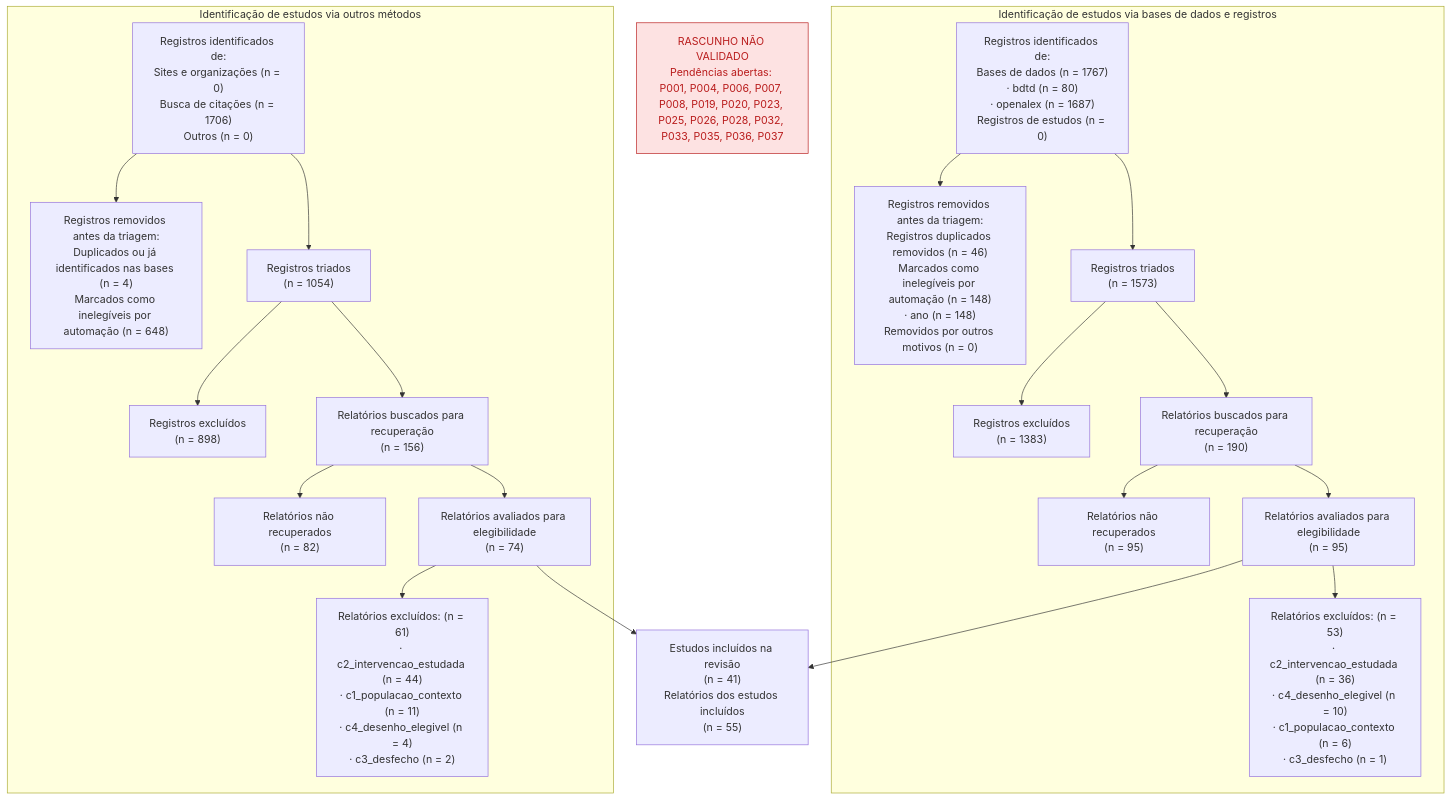
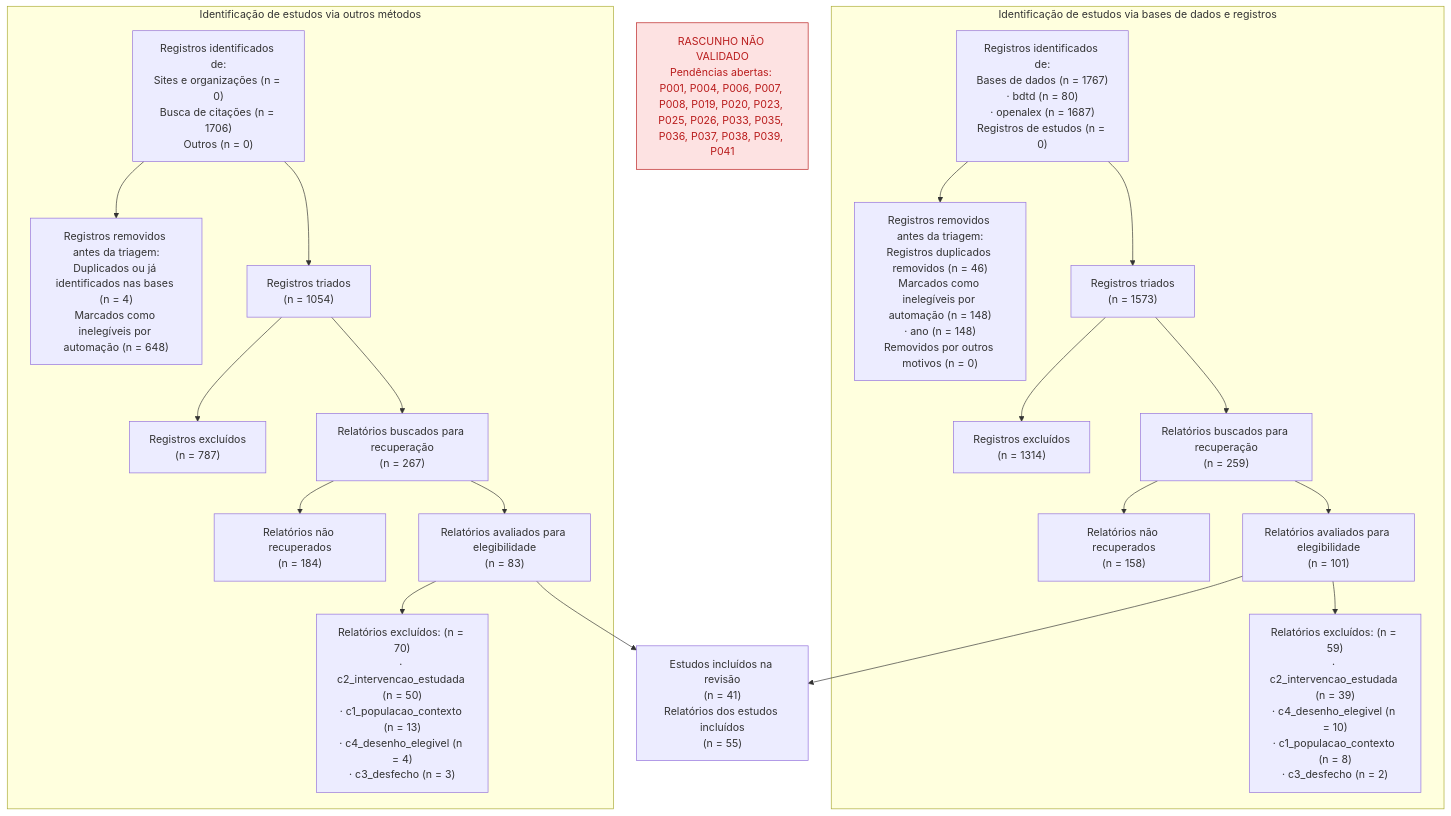
The diagram in 07-relatorio/prisma.mermaid (felipelmc/pesquisas-eleitorais-rs), drawn with Mermaid before and after one commit. The commit also changed 16 other files, not shown here.

```diff
--- a/07-relatorio/prisma.mermaid
+++ b/07-relatorio/prisma.mermaid
@@ -1,40 +1,40 @@
 flowchart TD
-  rascunho["RASCUNHO NÃO VALIDADO<br/>Pendências abertas: P001, P004, P006, P007, P008, P019, P020, P023, P025, P026, P028, P032, P033, P035, P036, P037"]
+  rascunho["RASCUNHO NÃO VALIDADO<br/>Pendências abertas: P001, P004, P006, P007, P008, P019, P020, P023, P025, P026, P033, P035, P036, P037, P038, P039, P041"]
   style rascunho fill:#fde2e2,stroke:#b91c1c,color:#b91c1c
   subgraph ramo_bases["Identificação de estudos via bases de dados e registros"]
     b_ident["Registros identificados de:<br/>Bases de dados (n = 1767)<br/>· bdtd (n = 80)<br/>· openalex (n = 1687)<br/>Registros de estudos (n = 0)"]
     b_removidos["Registros removidos antes da triagem:<br/>Registros duplicados removidos (n = 46)<br/>Marcados como inelegíveis por automação (n = 148)<br/>· ano (n = 148)<br/>Removidos por outros motivos (n = 0)"]
     b_triados["Registros triados<br/>(n = 1573)"]
-    b_excl_triagem["Registros excluídos<br/>(n = 1383)"]
-    b_buscados["Relatórios buscados para recuperação<br/>(n = 190)"]
-    b_nao_rec["Relatórios não recuperados<br/>(n = 95)"]
-    b_avaliados["Relatórios avaliados para elegibilidade<br/>(n = 95)"]
-    b_excl_tc["Relatórios excluídos: (n = 53)<br/>· c2_intervencao_estudada (n = 36)<br/>· c4_desenho_elegivel (n = 10)<br/>· c1_populacao_contexto (n = 6)<br/>· c3_desfecho (n = 1)"]
+    b_excl_triagem["Registros excluídos<br/>(n = 1314)"]
+    b_buscados["Relatórios buscados para recuperação<br/>(n = 259)"]
+    b_nao_rec["Relatórios não recuperados<br/>(n = 158)"]
+    b_avaliados["Relatórios avaliados para elegibilidade<br/>(n = 101)"]
+    b_excl_tc["Relatórios excluídos: (n = 59)<br/>· c2_intervencao_estudada (n = 39)<br/>· c4_desenho_elegivel (n = 10)<br/>· c1_populacao_contexto (n = 8)<br/>· c3_desfecho (n = 2)"]
   end
   subgraph ramo_outros["Identificação de estudos via outros métodos"]
     o_ident["Registros identificados de:<br/>Sites e organizações (n = 0)<br/>Busca de citações (n = 1706)<br/>Outros (n = 0)"]
     o_removidos["Registros removidos antes da triagem:<br/>Duplicados ou já identificados nas bases (n = 4)<br/>Marcados como inelegíveis por automação (n = 648)"]
     o_triados["Registros triados<br/>(n = 1054)"]
-    o_excl_triagem["Registros excluídos<br/>(n = 898)"]
-    o_buscados["Relatórios buscados para recuperação<br/>(n = 156)"]
-    o_nao_rec["Relatórios não recuperados<br/>(n = 82)"]
-    o_avaliados["Relatórios avaliados para elegibilidade<br/>(n = 74)"]
-    o_excl_tc["Relatórios excluídos: (n = 61)<br/>· c2_intervencao_estudada (n = 44)<br/>· c1_populacao_contexto (n = 11)<br/>· c4_desenho_elegivel (n = 4)<br/>· c3_desfecho (n = 2)"]
+    o_excl_triagem["Registros excluídos<br/>(n = 787)"]
+    o_buscados["Relatórios buscados para recuperação<br/>(n = 267)"]
+    o_nao_rec["Relatórios não recuperados<br/>(n = 184)"]
+    o_avaliados["Relatórios avaliados para elegibilidade<br/>(n = 83)"]
+    o_excl_tc["Relatórios excluídos: (n = 70)<br/>· c2_intervencao_estudada (n = 50)<br/>· c1_populacao_contexto (n = 13)<br/>· c4_desenho_elegivel (n = 4)<br/>· c3_desfecho (n = 3)"]
   end
   incluidos["Estudos incluídos na revisão<br/>(n = 41)<br/>Relatórios dos estudos incluídos<br/>(n = 55)"]
   b_ident --> b_removidos
   b_ident --> b_triados
   b_triados --> b_excl_triagem
   b_triados --> b_buscados
   b_buscados --> b_nao_rec
   b_buscados --> b_avaliados
   b_avaliados --> b_excl_tc
   b_avaliados --> incluidos
   o_ident --> o_removidos
   o_ident --> o_triados
   o_triados --> o_excl_triagem
   o_triados --> o_buscados
   o_buscados --> o_nao_rec
   o_buscados --> o_avaliados
   o_avaliados --> o_excl_tc
   o_avaliados --> incluidos
```
